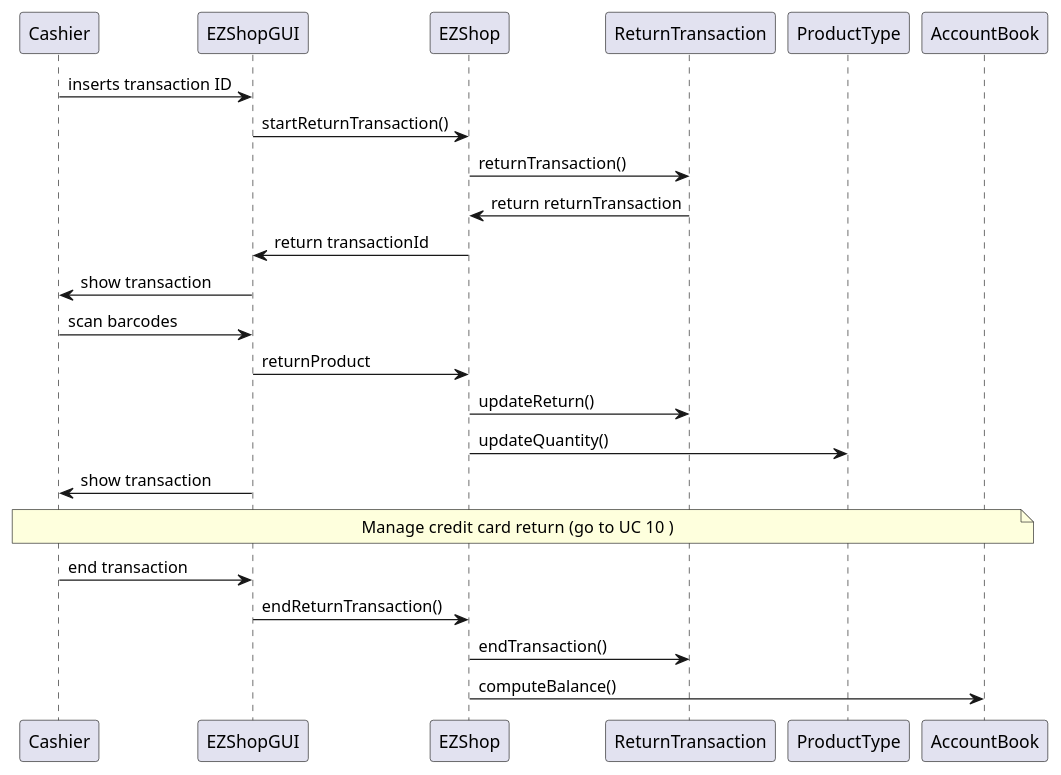
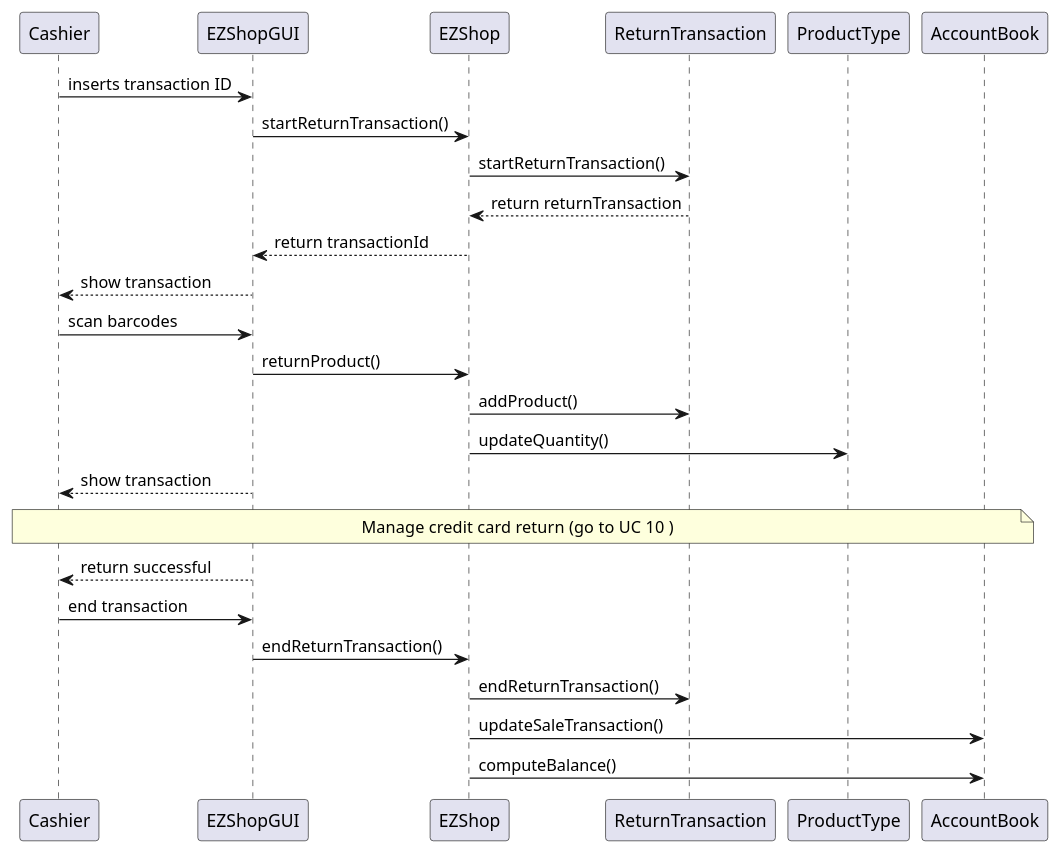
One commit to polito-se2-21-r03/se1-ezshop changed diagram 11 of 13 in Deliverables/DesignDocument.md. Above: the diagram before and after it, drawn with PlantUML. The commit also changed other lines of this file, not shown here.

Commit message:
sequence diagram 8.2 updated

````diff
--- a/Deliverables/DesignDocument.md
+++ b/Deliverables/DesignDocument.md
@@ -481,26 +484,28 @@
 ```plantuml
 
 Cashier -> EZShopGUI: inserts transaction ID
 EZShopGUI -> EZShop: startReturnTransaction()
-EZShop -> ReturnTransaction: returnTransaction()
-ReturnTransaction -> EZShop: return returnTransaction
-EZShop -> EZShopGUI: return transactionId
-EZShopGUI -> Cashier : show transaction
+EZShop -> ReturnTransaction: startReturnTransaction()
+ReturnTransaction --> EZShop: return returnTransaction
+EZShop --> EZShopGUI: return transactionId
+EZShopGUI --> Cashier : show transaction
 Cashier -> EZShopGUI: scan barcodes
-EZShopGUI -> EZShop: returnProduct
-EZShop -> ReturnTransaction: updateReturn()
+EZShopGUI -> EZShop: returnProduct()
+EZShop -> ReturnTransaction: addProduct()
 EZShop -> ProductType: updateQuantity()
-EZShopGUI -> Cashier: show transaction
+EZShopGUI --> Cashier: show transaction
 
 note over Cashier, AccountBook
 Manage credit card return  (go to UC 10 )
 end note
 
+EZShopGUI --> Cashier: return successful
 Cashier -> EZShopGUI: end transaction
 EZShopGUI -> EZShop: endReturnTransaction()
-EZShop -> ReturnTransaction: endTransaction()
+EZShop -> ReturnTransaction: endReturnTransaction()
+EZShop -> AccountBook: updateSaleTransaction()
 EZShop -> AccountBook: computeBalance()
 
 
 
 ```
````
